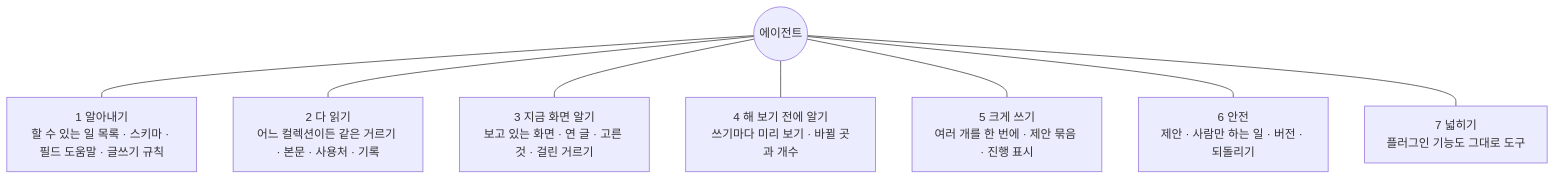
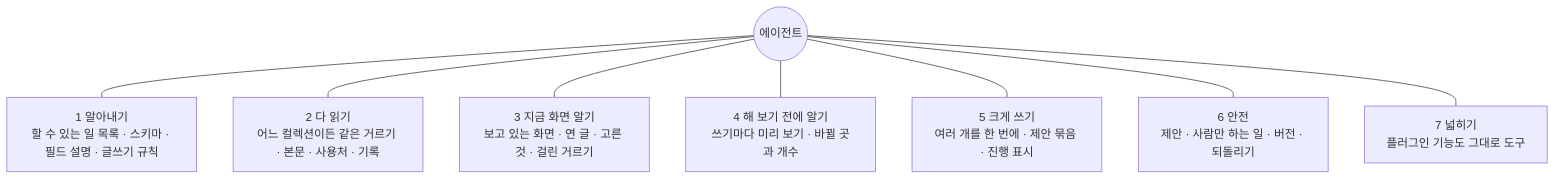
The second of 7 diagrams in docs/design/features/00-foundation.md (monti-cms/monti), drawn with Mermaid before and after one commit. The commit also changed other lines of this file and 13 other files, not shown here.

````diff
--- a/docs/design/features/00-foundation.md
+++ b/docs/design/features/00-foundation.md
@@ -55,11 +55,11 @@
 ```mermaid
 flowchart TB
   AG(("에이전트"))
-  AG --- K["1 알아내기<br/>할 수 있는 일 목록 · 스키마 · 필드 도움말 · 글쓰기 규칙"]
+  AG --- K["1 알아내기<br/>할 수 있는 일 목록 · 스키마 · 필드 설명 · 글쓰기 규칙"]
   AG --- R["2 다 읽기<br/>어느 컬렉션이든 같은 거르기 · 본문 · 사용처 · 기록"]
   AG --- C["3 지금 화면 알기<br/>보고 있는 화면 · 연 글 · 고른 것 · 걸린 거르기"]
   AG --- P["4 해 보기 전에 알기<br/>쓰기마다 미리 보기 · 바뀔 곳과 개수"]
   AG --- W["5 크게 쓰기<br/>여러 개를 한 번에 · 제안 묶음 · 진행 표시"]
   AG --- S["6 안전<br/>제안 · 사람만 하는 일 · 버전 · 되돌리기"]
   AG --- X["7 넓히기<br/>플러그인 기능도 그대로 도구"]
 ```
````
